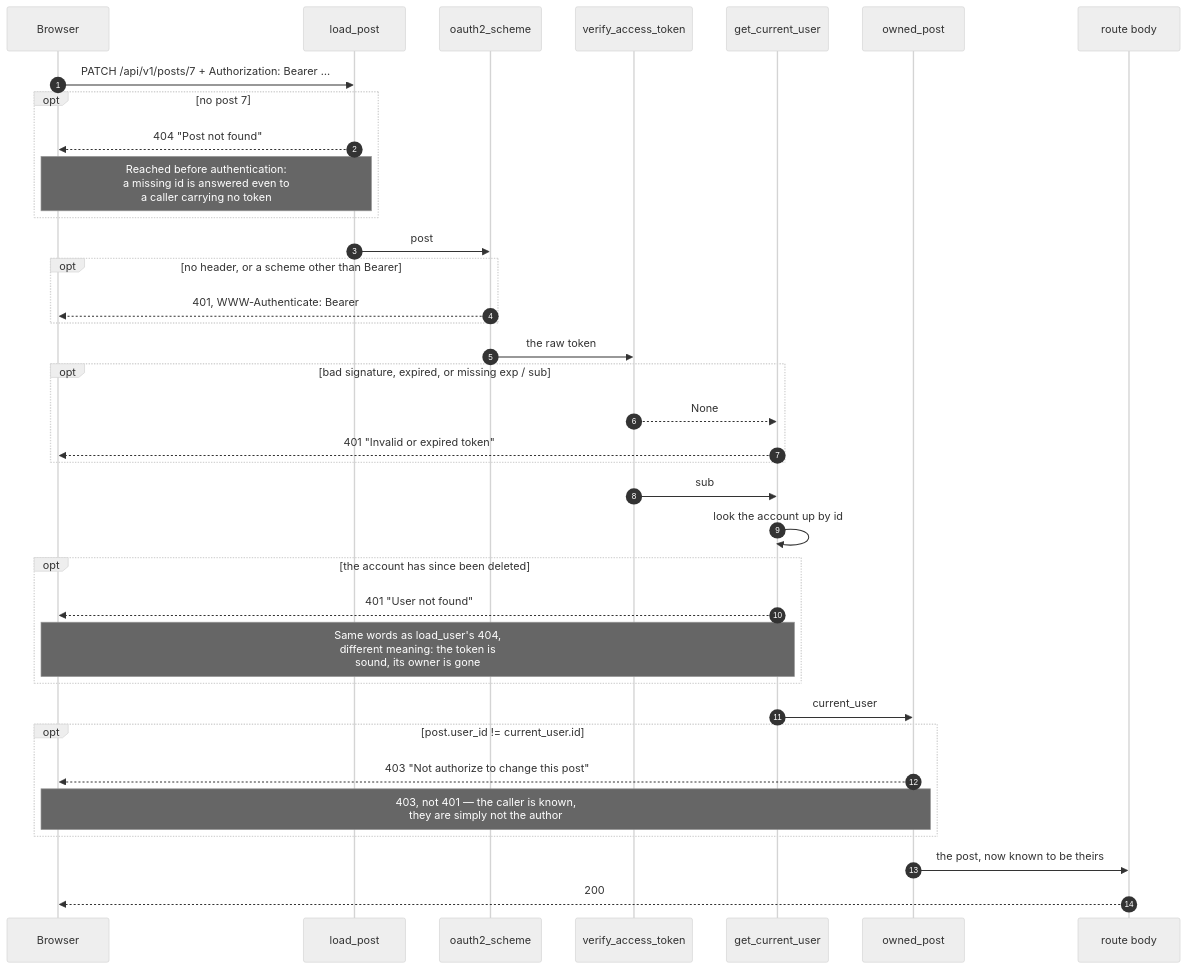
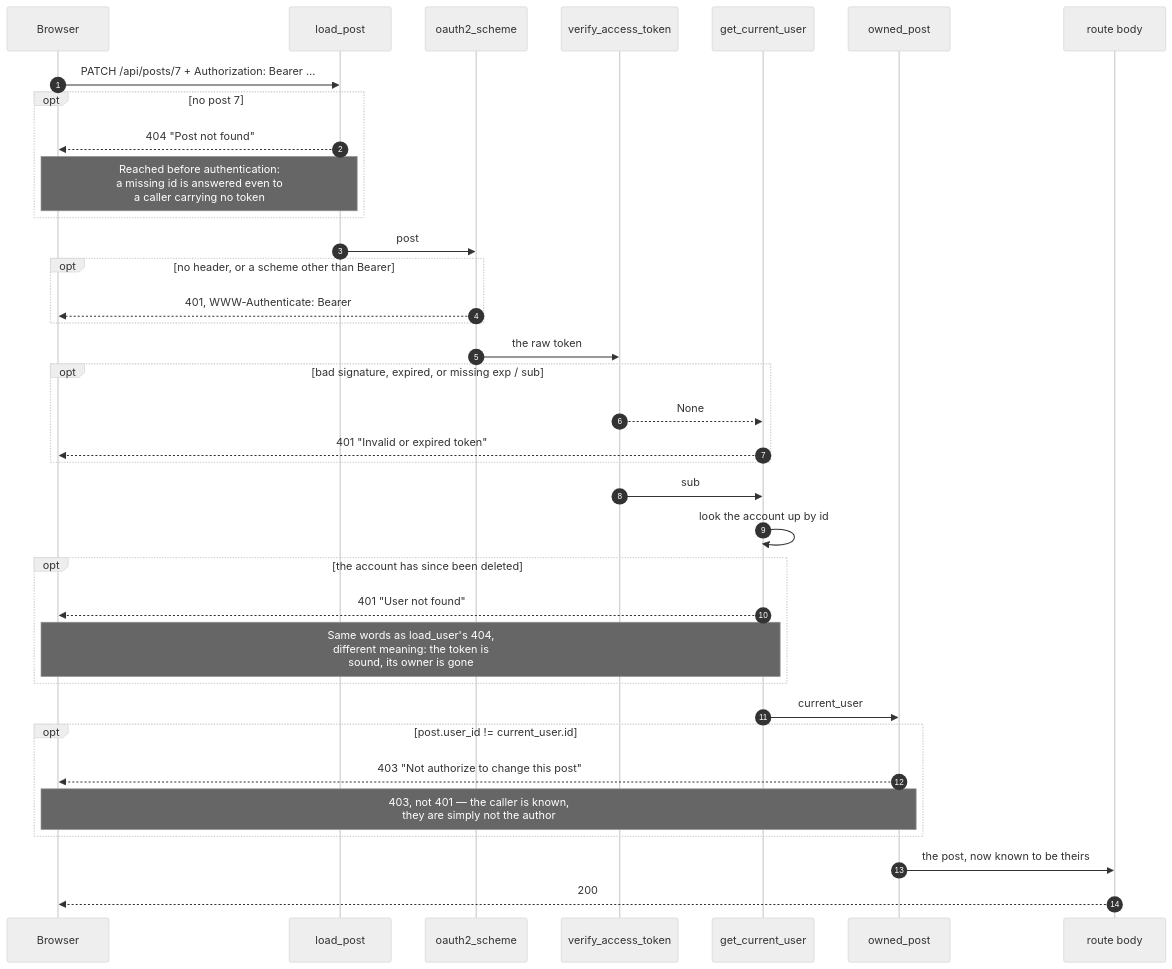
One commit to OstapchukIryna/fastapi-blog changed the second of 3 diagrams in docs/auth.md. Above: the diagram before and after it, drawn with Mermaid (neutral theme). The commit also changed other lines of this file and 98 other files, not shown here.

````diff
--- a/docs/auth.md
+++ b/docs/auth.md
@@ -65,43 +65,43 @@
 ```mermaid
 sequenceDiagram
     autonumber
     participant B as Browser
     participant LP as load_post
     participant OS as oauth2_scheme
     participant VT as verify_access_token
     participant GU as get_current_user
     participant OP as owned_post
     participant R as route body
 
-    B->>LP: PATCH /api/v1/posts/7 + Authorization: Bearer …
+    B->>LP: PATCH /api/posts/7 + Authorization: Bearer …
     opt no post 7
         LP-->>B: 404 "Post not found"
         Note over LP,B: Reached before authentication:<br/>a missing id is answered even to<br/>a caller carrying no token
     end
     LP->>OS: post
 
     opt no header, or a scheme other than Bearer
         OS-->>B: 401, WWW-Authenticate: Bearer
     end
     OS->>VT: the raw token
 
     opt bad signature, expired, or missing exp / sub
         VT-->>GU: None
         GU-->>B: 401 "Invalid or expired token"
     end
     VT->>GU: sub
 
     GU->>GU: look the account up by id
     opt the account has since been deleted
         GU-->>B: 401 "User not found"
         Note over GU,B: Same words as load_user's 404,<br/>different meaning: the token is<br/>sound, its owner is gone
     end
     GU->>OP: current_user
 
     opt post.user_id != current_user.id
         OP-->>B: 403 "Not authorize to change this post"
         Note over OP,B: 403, not 401 — the caller is known,<br/>they are simply not the author
     end
     OP->>R: the post, now known to be theirs
     R-->>B: 200
 ```
````
